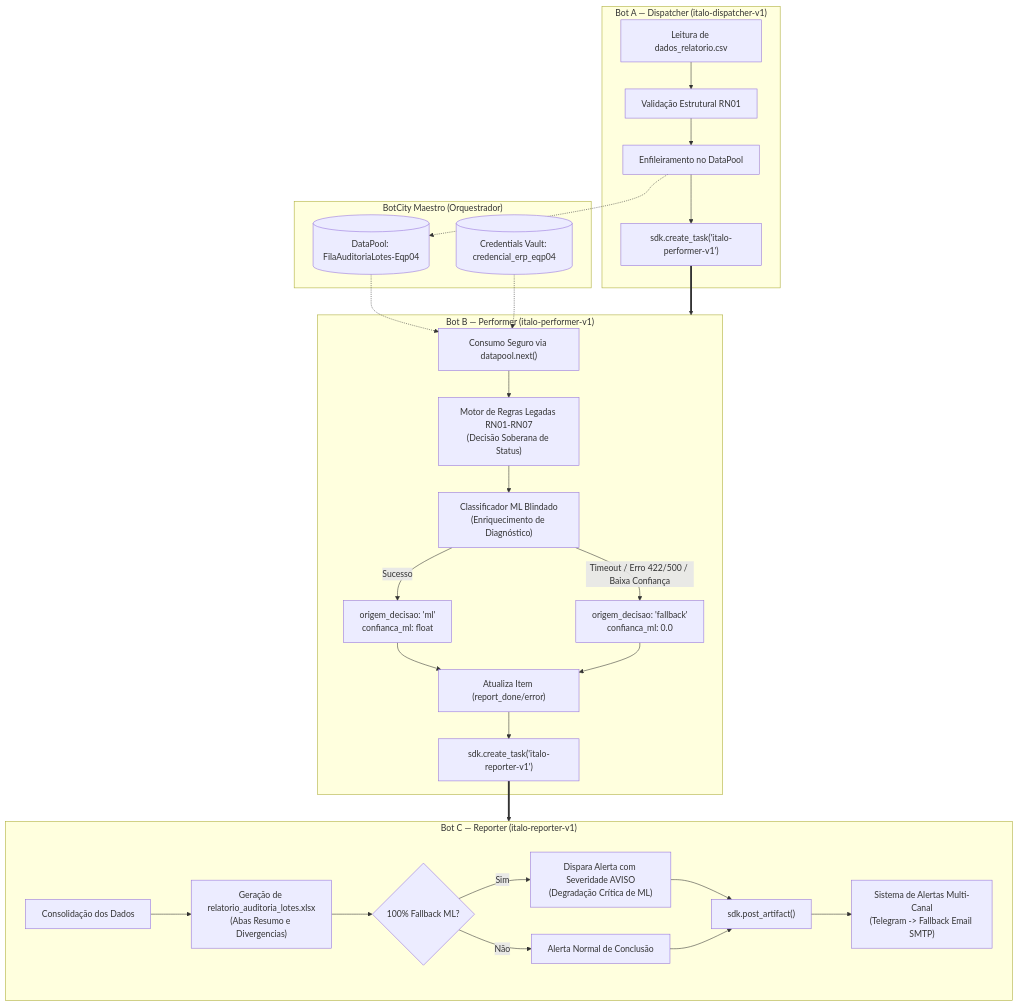
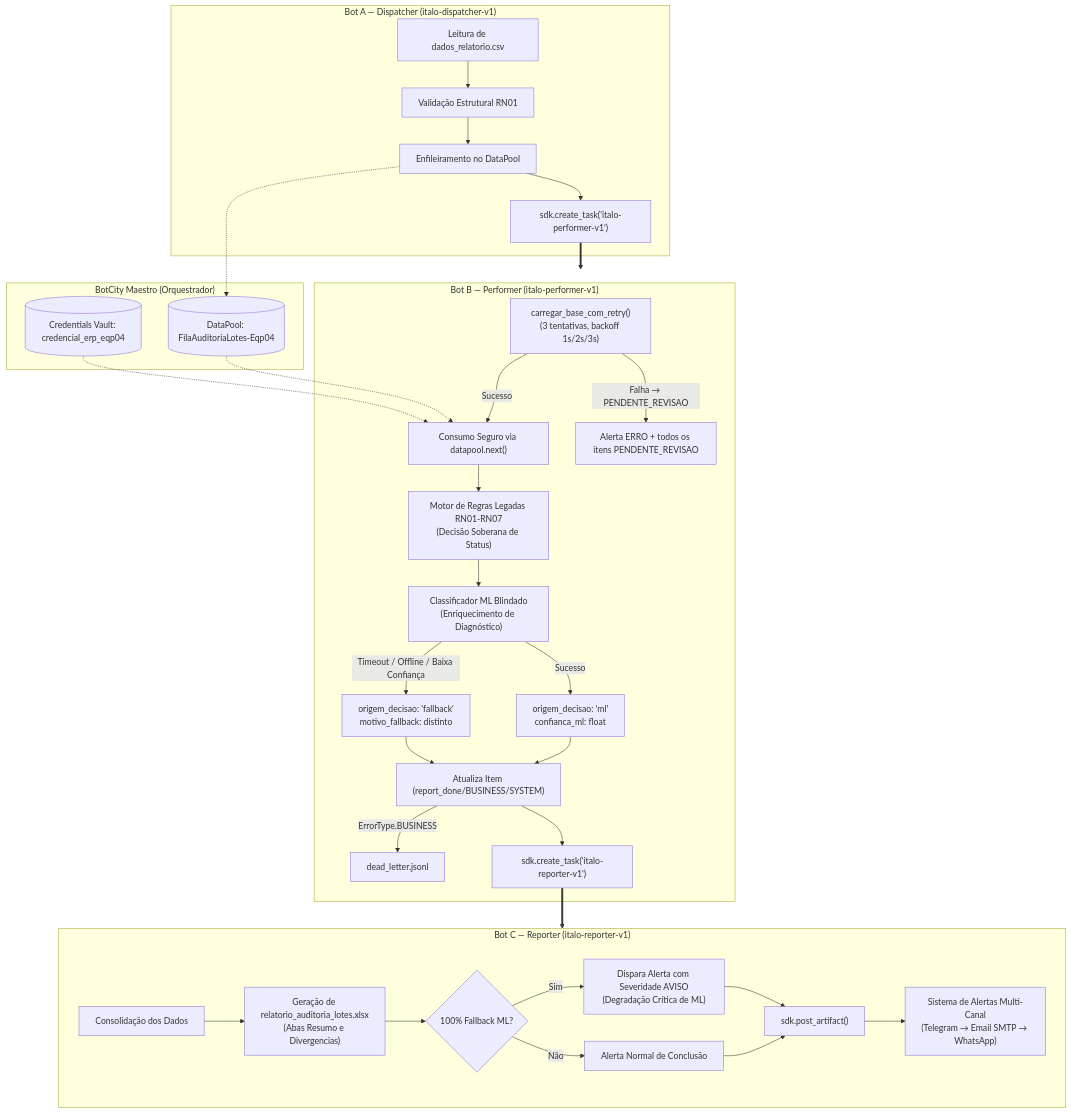
The diagram in docs/PDD.md (Ita-lodotexe/conferencia-lotes-qualidade), drawn with Mermaid before and after one commit. The commit also changed other lines of this file and 18 other files, not shown here.

````diff
--- a/docs/PDD.md
+++ b/docs/PDD.md
@@ -19,39 +19,43 @@
 ```mermaid
 flowchart TD
     subgraph Nuvem_Maestro ["BotCity Maestro (Orquestrador)"]
         DP[("DataPool: FilaAuditoriaLotes-Eqp04")]
         Vault[("Credentials Vault: credencial_erp_eqp04")]
     end
 
     subgraph BotA ["Bot A — Dispatcher (italo-dispatcher-v1)"]
         A1["Leitura de dados_relatorio.csv"] --> A2["Validação Estrutural RN01"]
         A2 --> A3["Enfileiramento no DataPool"]
         A3 --> A4["sdk.create_task('italo-performer-v1')"]
     end
 
     subgraph BotB ["Bot B — Performer (italo-performer-v1)"]
-        B1["Consumo Seguro via datapool.next()"] --> B2["Motor de Regras Legadas RN01-RN07<br/>(Decisão Soberana de Status)"]
+        B0["carregar_base_com_retry()<br/>(3 tentativas, backoff 1s/2s/3s)"]
+        B0 -->|Sucesso| B1["Consumo Seguro via datapool.next()"]
+        B0 -->|Falha → PENDENTE_REVISAO| B5x["Alerta ERRO + todos os itens PENDENTE_REVISAO"]
+        B1 --> B2["Motor de Regras Legadas RN01-RN07<br/>(Decisão Soberana de Status)"]
         B2 --> B3["Classificador ML Blindado<br/>(Enriquecimento de Diagnóstico)"]
         B3 -->|Sucesso| B4["origem_decisao: 'ml'<br/>confianca_ml: float"]
-        B3 -->|Timeout / Erro 422/500 / Baixa Confiança| B5["origem_decisao: 'fallback'<br/>confianca_ml: 0.0"]
-        B4 --> B6["Atualiza Item (report_done/error)"]
+        B3 -->|Timeout / Offline / Baixa Confiança| B5["origem_decisao: 'fallback'<br/>motivo_fallback: distinto"]
+        B4 --> B6["Atualiza Item (report_done/BUSINESS/SYSTEM)"]
         B5 --> B6
-        B6 --> B7["sdk.create_task('italo-reporter-v1')"]
+        B6 -->|ErrorType.BUSINESS| B7["dead_letter.jsonl"]
+        B6 --> B8["sdk.create_task('italo-reporter-v1')"]
     end
 
     subgraph BotC ["Bot C — Reporter (italo-reporter-v1)"]
         C1["Consolidação dos Dados"] --> C2["Geração de relatorio_auditoria_lotes.xlsx<br/>(Abas Resumo e Divergencias)"]
         C2 --> C3{"100% Fallback ML?"}
         C3 -->|Sim| C4["Dispara Alerta com Severidade AVISO<br/>(Degradação Crítica de ML)"]
         C3 -->|Não| C5["Alerta Normal de Conclusão"]
         C4 --> C6["sdk.post_artifact()"]
         C5 --> C6
-        C6 --> C7["Sistema de Alertas Multi-Canal<br/>(Telegram -> Fallback Email SMTP)"]
+        C6 --> C7["Sistema de Alertas Multi-Canal<br/>(Telegram → Email SMTP → WhatsApp)"]
     end
 
     A3 -.-> DP
     DP -.-> B1
     Vault -.-> B1
     A4 ==> BotB
-    B7 ==> BotC
+    B8 ==> BotC
 ```
````
